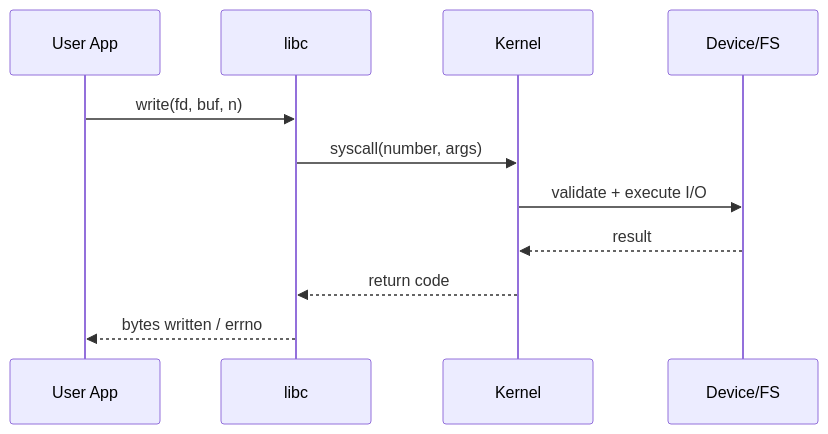
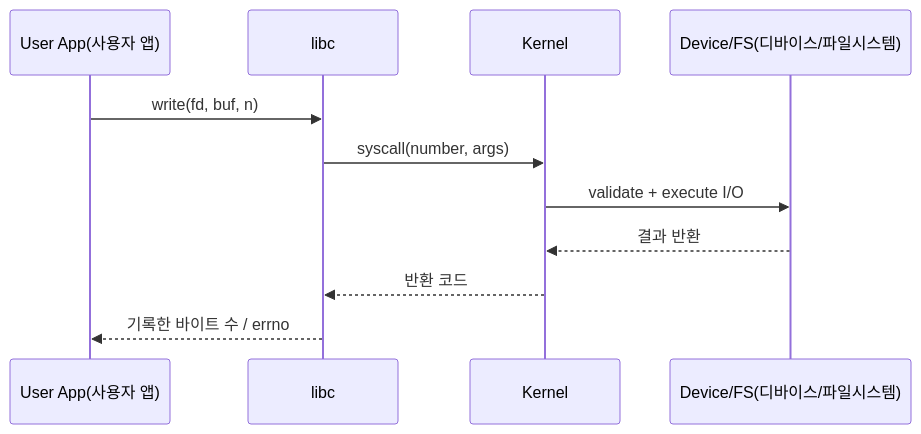
One commit to mandoobox/mandoobox.github.io changed the third of 37 diagrams in _posts/cs-note/2026-02-27-os.md. Above: the diagram before and after it, drawn with Mermaid. The commit also changed other lines of this file and 18 other files, not shown here.

````diff
--- a/_posts/cs-note/2026-02-27-os.md
+++ b/_posts/cs-note/2026-02-27-os.md
@@ -64,13 +64,13 @@
 ```mermaid
 sequenceDiagram
-  participant U as User App
+  participant U as User App(사용자 앱)
   participant L as libc
   participant K as Kernel
-  participant D as Device/FS
+  participant D as Device/FS(디바이스/파일시스템)
   U->>L: write(fd, buf, n)
   L->>K: syscall(number, args)
   K->>D: validate + execute I/O
-  D-->>K: result
-  K-->>L: return code
-  L-->>U: bytes written / errno
+  D-->>K: 결과 반환
+  K-->>L: 반환 코드
+  L-->>U: 기록한 바이트 수 / errno
 ```
````
